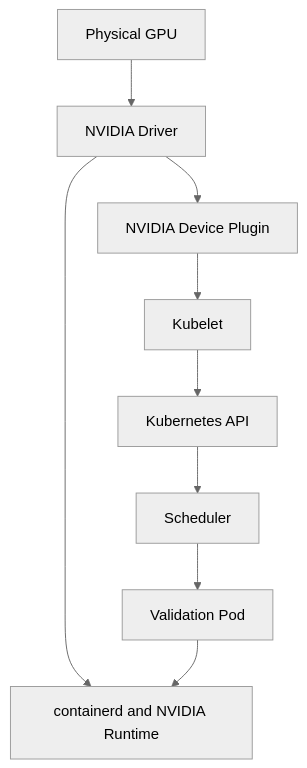
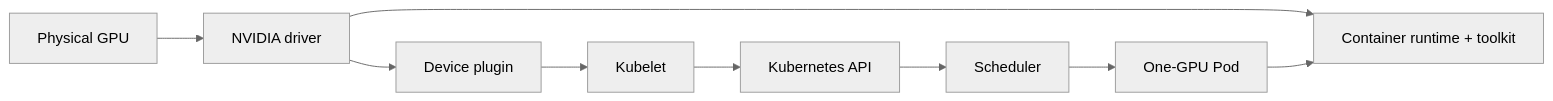
The diagram in docs/nvidia-zero-to-hero/volume-10/labs/lab-01-inspect-a-kubernetes-gpu-node.md (jithinpnjm/nvidia-devops), drawn with Mermaid (neutral theme) before and after one commit. The commit also changed other lines of this file and 3 other files, not shown here.

````diff
--- a/docs/nvidia-zero-to-hero/volume-10/labs/lab-01-inspect-a-kubernetes-gpu-node.md
+++ b/docs/nvidia-zero-to-hero/volume-10/labs/lab-01-inspect-a-kubernetes-gpu-node.md
@@ -39,15 +31,9 @@
 ```mermaid
-flowchart TD
-    GPU[Physical GPU]
-    Driver[NVIDIA Driver]
-    Runtime[containerd and NVIDIA Runtime]
-    Plugin[NVIDIA Device Plugin]
-    Kubelet[Kubelet]
-    API[Kubernetes API]
-    Scheduler[Scheduler]
-    Pod[Validation Pod]
-
-    GPU --> Driver --> Runtime
-    Driver --> Plugin --> Kubelet --> API
-    API --> Scheduler --> Pod --> Runtime
+flowchart LR
+  GPU[Physical GPU] --> Driver[NVIDIA driver]
+  Driver --> Runtime[Container runtime + toolkit]
+  Driver --> Plugin[Device plugin]
+  Plugin --> Kubelet --> API[Kubernetes API]
+  API --> Scheduler --> Pod[One-GPU Pod]
+  Pod --> Runtime
 ```
````
